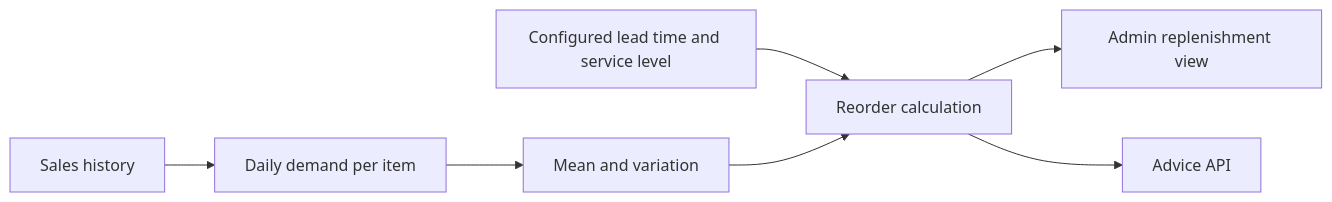
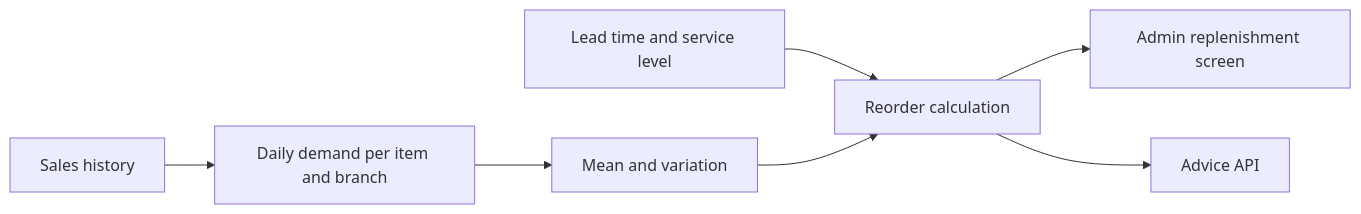
The second of 2 diagrams in README.md (dev-mnadeem/operations-resource-backend), drawn with Mermaid before and after one commit. The commit also changed other lines of this file and 9 other files, not shown here.

First line of the commit message:
Rewrite the README around stock flows, roles and the API

````diff
--- a/README.md
+++ b/README.md
@@ -78,9 +181,9 @@
 ```mermaid
 flowchart LR
-    Sales[Sales history] --> Demand[Daily demand per item]
+    Sales[Sales history] --> Demand[Daily demand per item and branch]
     Demand --> Statistics[Mean and variation]
-    LeadTime[Configured lead time and service level] --> Advice[Reorder calculation]
+    LeadTime[Lead time and service level] --> Advice[Reorder calculation]
     Statistics --> Advice
-    Advice --> Admin[Admin replenishment view]
+    Advice --> Admin[Admin replenishment screen]
     Advice --> API[Advice API]
 ```
````
